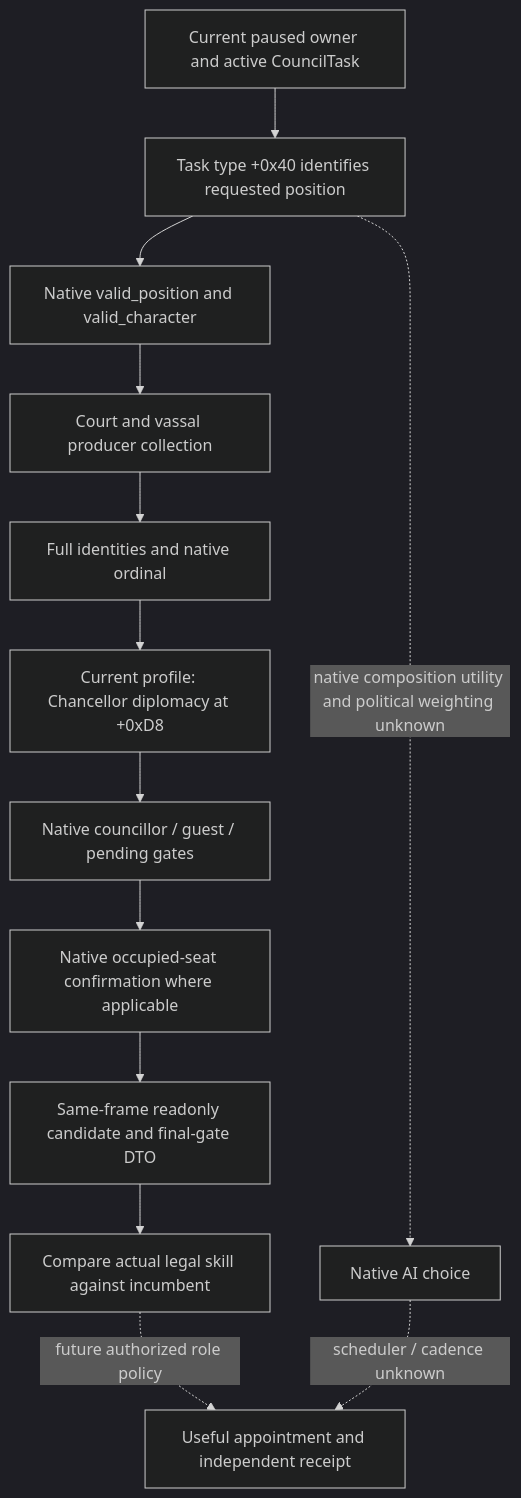
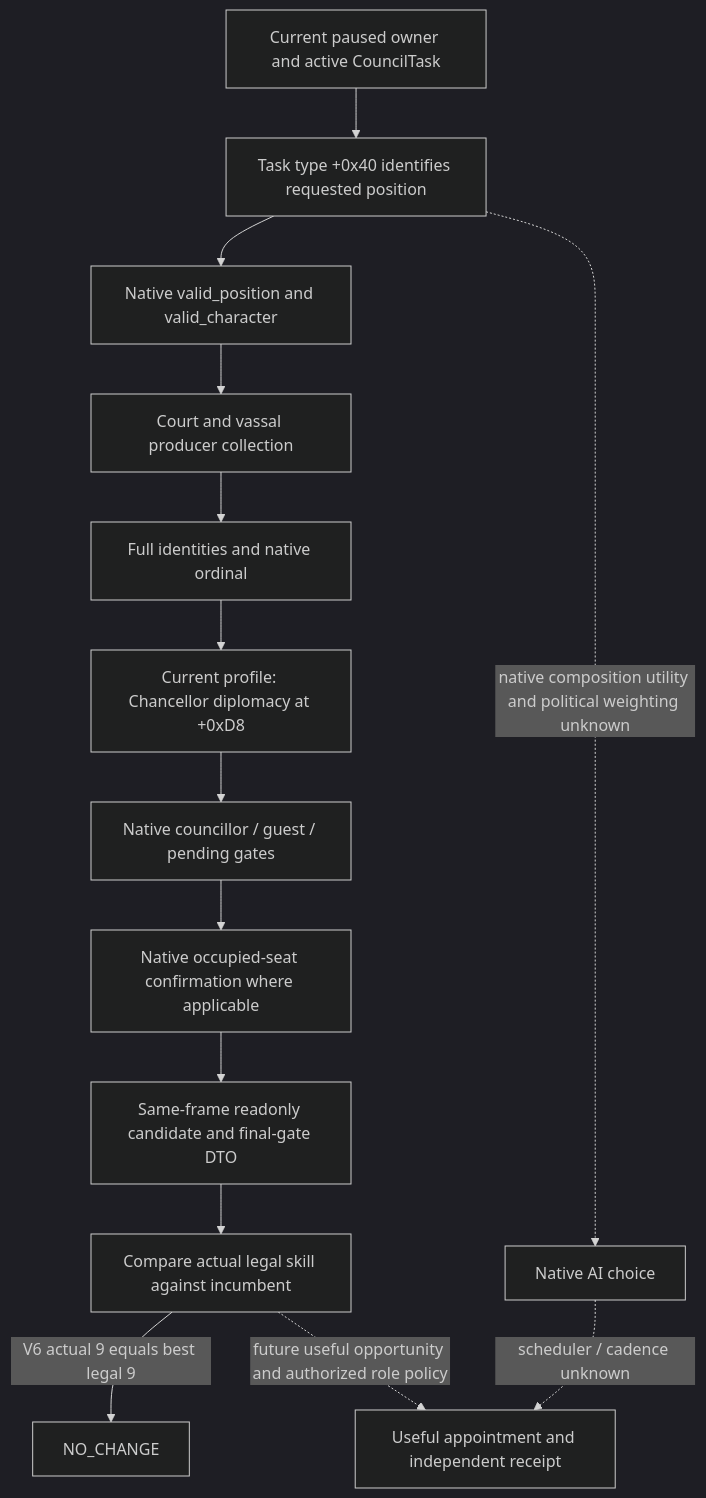
One commit to XenoAmess/ck3_eternal_recurrence changed the diagram in docs/ck3-native-ai/ck3-1.20.0.3-chancellor-candidates.md. Above: the diagram before and after it, drawn with Mermaid (dark theme). The commit also changed other lines of this file and 10 other files, not shown here.

````diff
--- a/docs/ck3-native-ai/ck3-1.20.0.3-chancellor-candidates.md
+++ b/docs/ck3-native-ai/ck3-1.20.0.3-chancellor-candidates.md
@@ -28,15 +28,16 @@
 ```mermaid
 flowchart TD
     R[Current paused owner and active CouncilTask] --> P[Task type +0x40 identifies requested position]
     P --> V[Native valid_position and valid_character]
     V --> C[Court and vassal producer collection]
     C --> I[Full identities and native ordinal]
     I --> S[Current profile: Chancellor diplomacy at +0xD8]
     S --> G[Native councillor / guest / pending gates]
     G --> F[Native occupied-seat confirmation where applicable]
     F --> O[Same-frame readonly candidate and final-gate DTO]
     O --> D[Compare actual legal skill against incumbent]
-    D -. future authorized role policy .-> A[Useful appointment and independent receipt]
+    D -->|V6 actual 9 equals best legal 9| N[NO_CHANGE]
+    D -. future useful opportunity and authorized role policy .-> A[Useful appointment and independent receipt]
     P -. native composition utility and political weighting unknown .-> U[Native AI choice]
     U -. scheduler / cadence unknown .-> A
 ```
````
